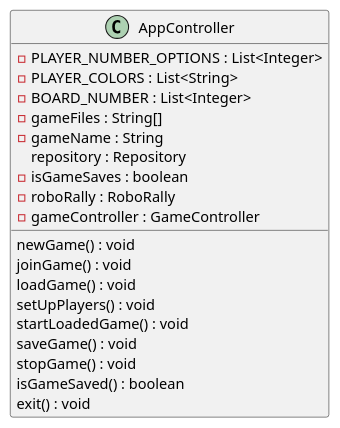
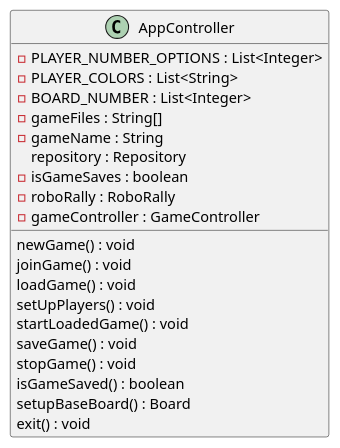
The diagram in Diagrams/AppController.puml (NegarOstad/RoboRally-Repo), drawn with PlantUML before and after one commit. The commit also changed 2 other files, not shown here.

Commit message:
loadGame sequence diagram

```diff
--- a/Diagrams/AppController.puml
+++ b/Diagrams/AppController.puml
@@ -1,30 +1,31 @@
 @startuml
 'https://plantuml.com/class-diagram
 
 class AppController{
 
 -PLAYER_NUMBER_OPTIONS : List<Integer>
 -PLAYER_COLORS : List<String>
 -BOARD_NUMBER : List<Integer>
 -gameFiles : String[]
 -gameName : String
 repository : Repository
 -isGameSaves : boolean
 -roboRally : RoboRally
 -gameController : GameController
 
 newGame() : void
 joinGame() : void
 loadGame() : void
 setUpPlayers() : void
 startLoadedGame() : void
 saveGame() : void
 stopGame() : void
 isGameSaved() : boolean
+setupBaseBoard() : Board
 exit() : void
 }
 
 
 
 
 @enduml
```
